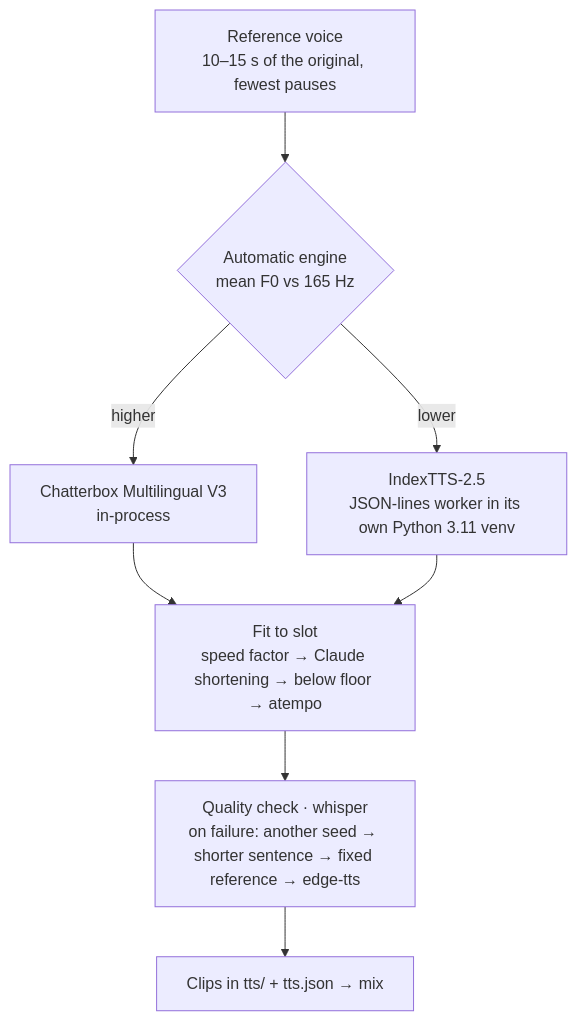
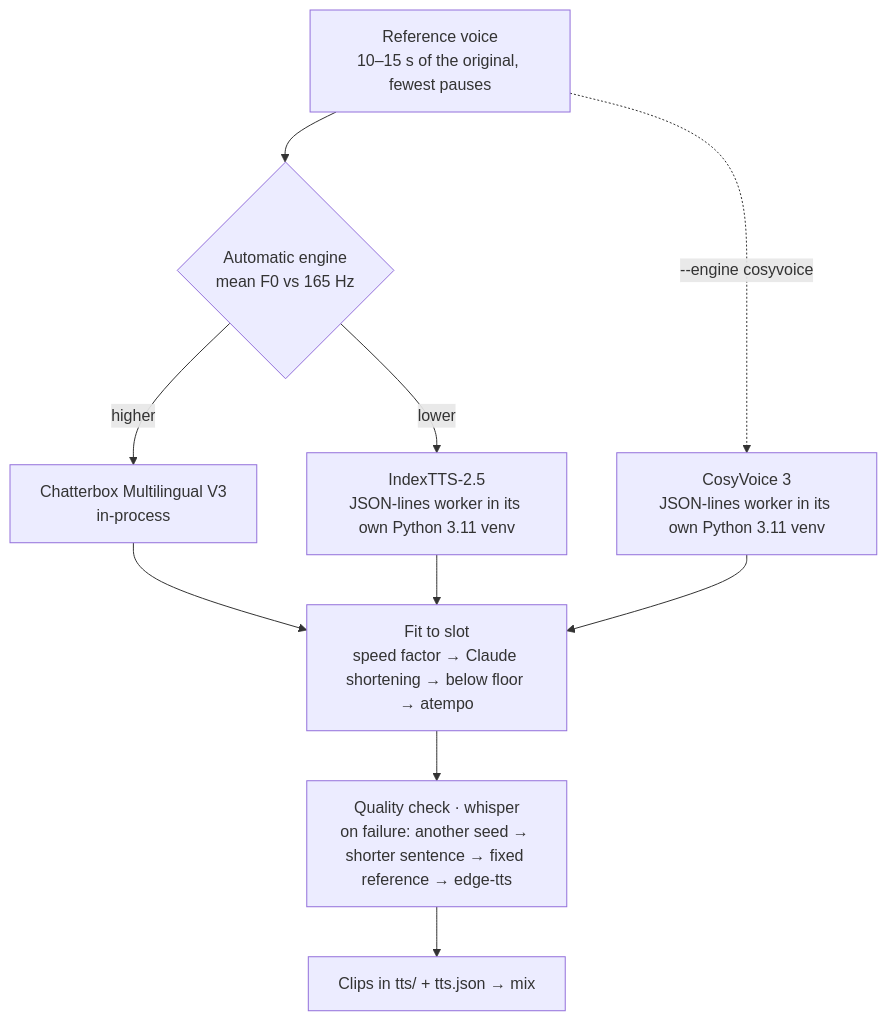
The second of 2 diagrams in docs/architecture.md (rldona/OpenDub), drawn with Mermaid before and after one commit. The commit also changed other lines of this file and 23 other files, not shown here.

First line of the commit message:
Add CosyVoice 3 as a cloning engine and regenerate a dub with another engine

````diff
--- a/docs/architecture.md
+++ b/docs/architecture.md
@@ -56,12 +56,14 @@
 ```mermaid
 flowchart TD
     ref["Reference voice<br/>10–15 s of the original, fewest pauses"] --> auto
     auto{"Automatic engine<br/>mean F0 vs 165 Hz"}
     auto -- "higher" --> cb["Chatterbox Multilingual V3<br/>in-process"]
     auto -- "lower" --> itts["IndexTTS-2.5<br/>JSON-lines worker in its own Python 3.11 venv"]
+    ref -. "--engine cosyvoice" .-> cv["CosyVoice 3<br/>JSON-lines worker in its own Python 3.11 venv"]
     cb --> fit
     itts --> fit
+    cv --> fit
     fit["Fit to slot<br/>speed factor → Claude shortening → below floor → atempo"] --> qc
     qc["Quality check · whisper<br/>on failure: another seed → shorter sentence → fixed reference → edge-tts"] --> clips
     clips["Clips in tts/ + tts.json → mix"]
 ```
````
